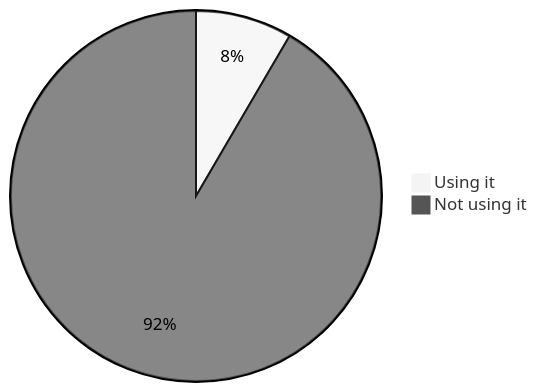
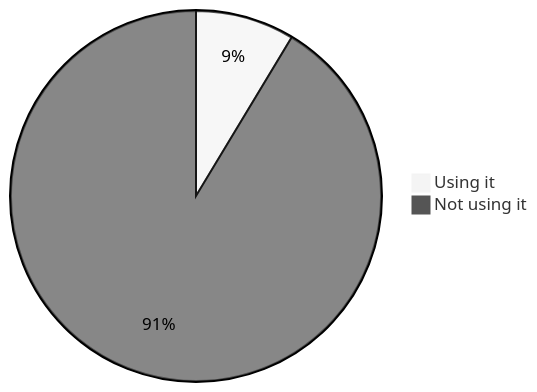
Before and after one commit to oshp/oshp-stats: diagram 11 of 22 in stats.md, drawn with Mermaid (neutral theme). The commit also changed other lines of this file, not shown here.

````diff
--- a/stats.md
+++ b/stats.md
@@ -130,6 +130,6 @@
 ```mermaid
 pie
-	"Using it" : 8.42
-	"Not using it" : 91.58
+	"Using it" : 8.64
+	"Not using it" : 91.36
 
 ```
````
